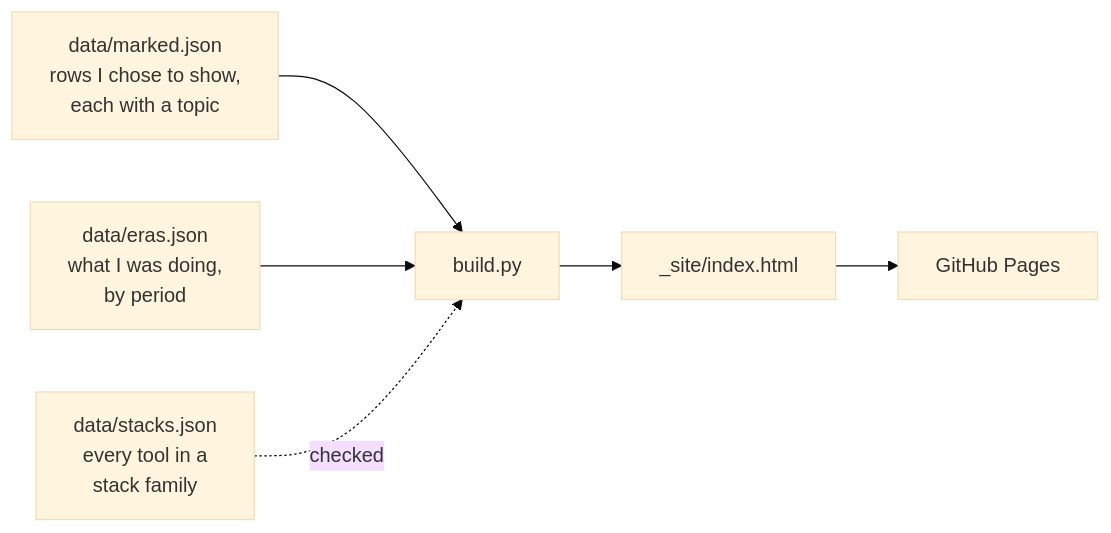
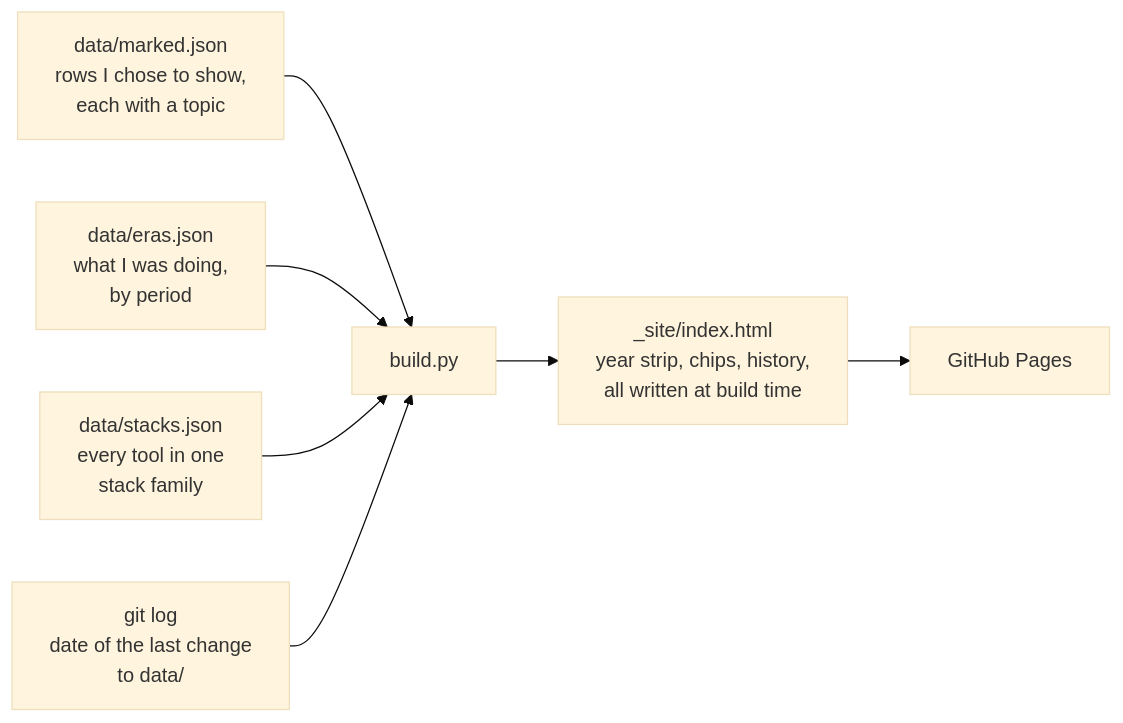
Before and after one commit to bnitech-lab/bnitech-lab.github.io: the diagram in README.md, drawn with Mermaid (base theme). The commit also changed other lines of this file and 3 other files, not shown here.

Commit message:
[claude] chore: full-history checkout for the data-changed date; README for the lab page

````diff
--- a/README.md
+++ b/README.md
@@ -11,8 +10,9 @@
 ```mermaid
 flowchart LR
     M["data/marked.json<br/>rows I chose to show,<br/>each with a topic"] --> B["build.py"]
     E["data/eras.json<br/>what I was doing,<br/>by period"] --> B
-    T["data/stacks.json<br/>every tool in a<br/>stack family"] -.->|checked| B
-    B --> S["_site/index.html"]
+    T["data/stacks.json<br/>every tool in one<br/>stack family"] --> B
+    G["git log<br/>date of the last change<br/>to data/"] --> B
+    B --> S["_site/index.html<br/>year strip, chips, history,<br/>all written at build time"]
     S --> P["GitHub Pages"]
 ```
````
